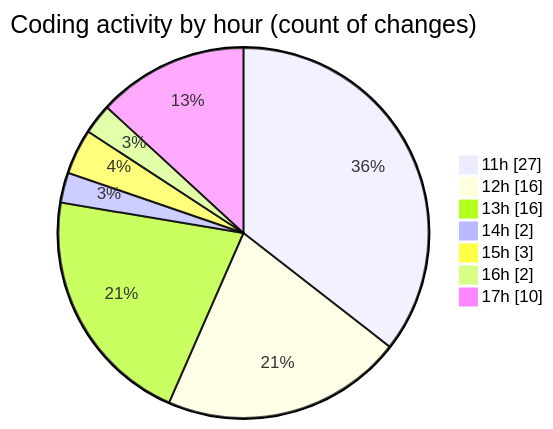
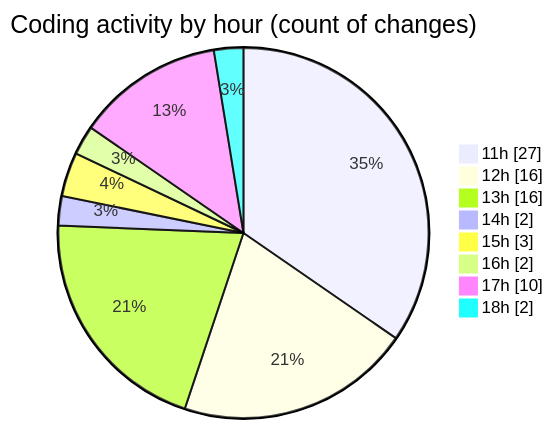
Before and after one commit to MatusMokan/code-tracking: the second of 2 diagrams in 2025-04-18/myws__workspace_/README.md, drawn with Mermaid. The commit also changed other lines of this file and 1 other file, not shown here.

````diff
--- a/2025-04-18/myws__workspace_/README.md
+++ b/2025-04-18/myws__workspace_/README.md
@@ -30,11 +31,12 @@
 ```mermaid
 pie showData
 title Coding activity by hour (count of changes)
 "11h" : 27
 "12h" : 16
 "13h" : 16
 "14h" : 2
 "15h" : 3
 "16h" : 2
 "17h" : 10
+"18h" : 2
 ```
````
